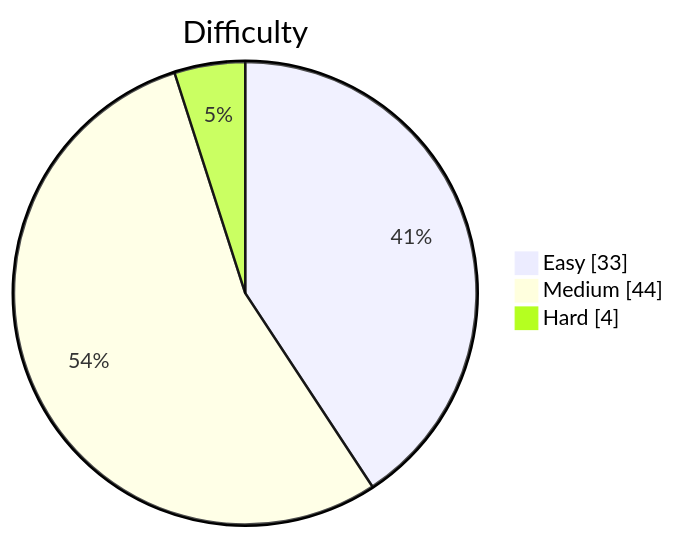
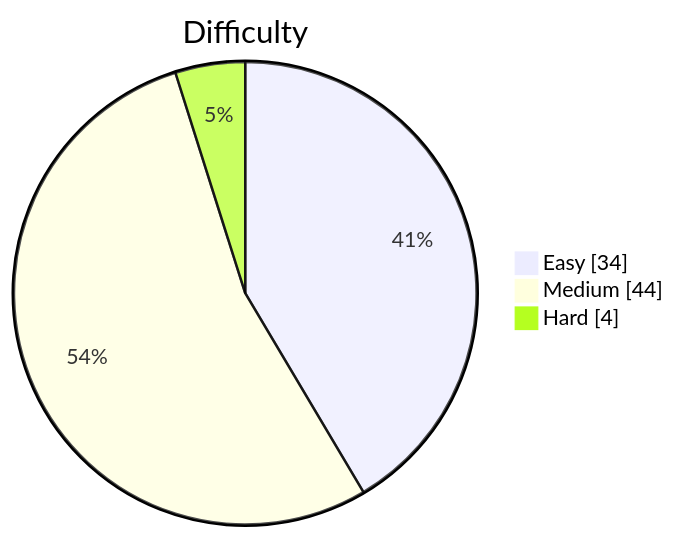
The diagram in README.md (kevstevie/python-algo-practice), drawn with Mermaid before and after one commit. The commit also changed other lines of this file, not shown here.

````diff
--- a/README.md
+++ b/README.md
@@ -13,7 +13,7 @@
 ```mermaid
 pie showData
     title Difficulty
-    "Easy"   : 33
+    "Easy"   : 34
     "Medium" : 44
     "Hard"   : 4
 ```
````
